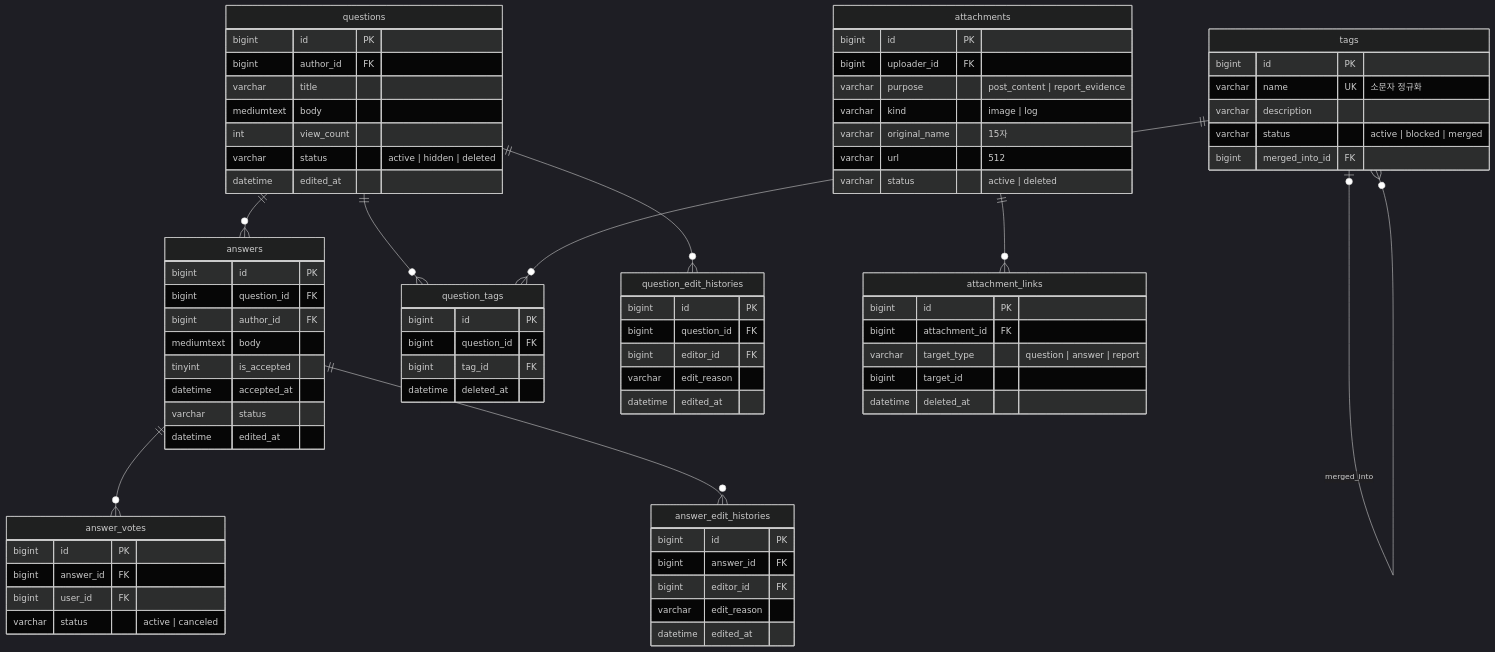
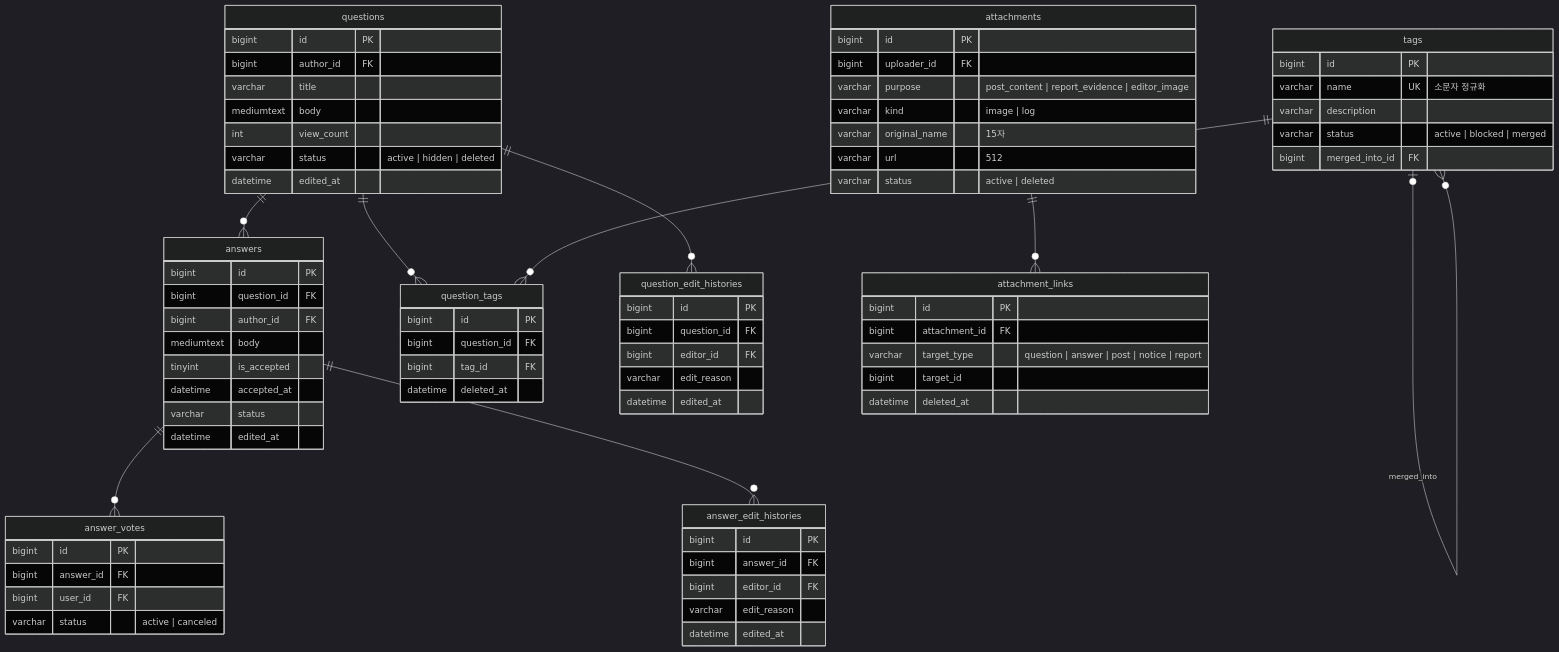
Before and after one commit to likelion-backendschool-11st/basic-project-1team: the third of 4 diagrams in docs/04-db-design.md, drawn with Mermaid (dark theme). The commit also changed other lines of this file and 7 other files, not shown here.

````diff
--- a/docs/04-db-design.md
+++ b/docs/04-db-design.md
@@ -146,79 +148,79 @@
 ```mermaid
 erDiagram
     questions {
         bigint id PK
         bigint author_id FK
         varchar title
         mediumtext body
         int view_count
         varchar status "active | hidden | deleted"
         datetime edited_at
     }
     answers {
         bigint id PK
         bigint question_id FK
         bigint author_id FK
         mediumtext body
         tinyint is_accepted
         datetime accepted_at
         varchar status
         datetime edited_at
     }
     answer_votes {
         bigint id PK
         bigint answer_id FK
         bigint user_id FK
         varchar status "active | canceled"
     }
     tags {
         bigint id PK
         varchar name UK "소문자 정규화"
         varchar description
         varchar status "active | blocked | merged"
         bigint merged_into_id FK
     }
     question_tags {
         bigint id PK
         bigint question_id FK
         bigint tag_id FK
         datetime deleted_at
     }
     question_edit_histories {
         bigint id PK
         bigint question_id FK
         bigint editor_id FK
         varchar edit_reason
         datetime edited_at
     }
     answer_edit_histories {
         bigint id PK
         bigint answer_id FK
         bigint editor_id FK
         varchar edit_reason
         datetime edited_at
     }
     attachments {
         bigint id PK
         bigint uploader_id FK
-        varchar purpose "post_content | report_evidence"
+        varchar purpose "post_content | report_evidence | editor_image"
         varchar kind "image | log"
         varchar original_name "15자"
         varchar url "512"
         varchar status "active | deleted"
     }
     attachment_links {
         bigint id PK
         bigint attachment_id FK
-        varchar target_type "question | answer | report"
+        varchar target_type "question | answer | post | notice | report"
         bigint target_id
         datetime deleted_at
     }
     questions ||--o{ answers : ""
     questions ||--o{ question_tags : ""
     tags ||--o{ question_tags : ""
     tags |o--o{ tags : "merged_into"
     answers ||--o{ answer_votes : ""
     questions ||--o{ question_edit_histories : ""
     answers ||--o{ answer_edit_histories : ""
     attachments ||--o{ attachment_links : ""
 ```
````
